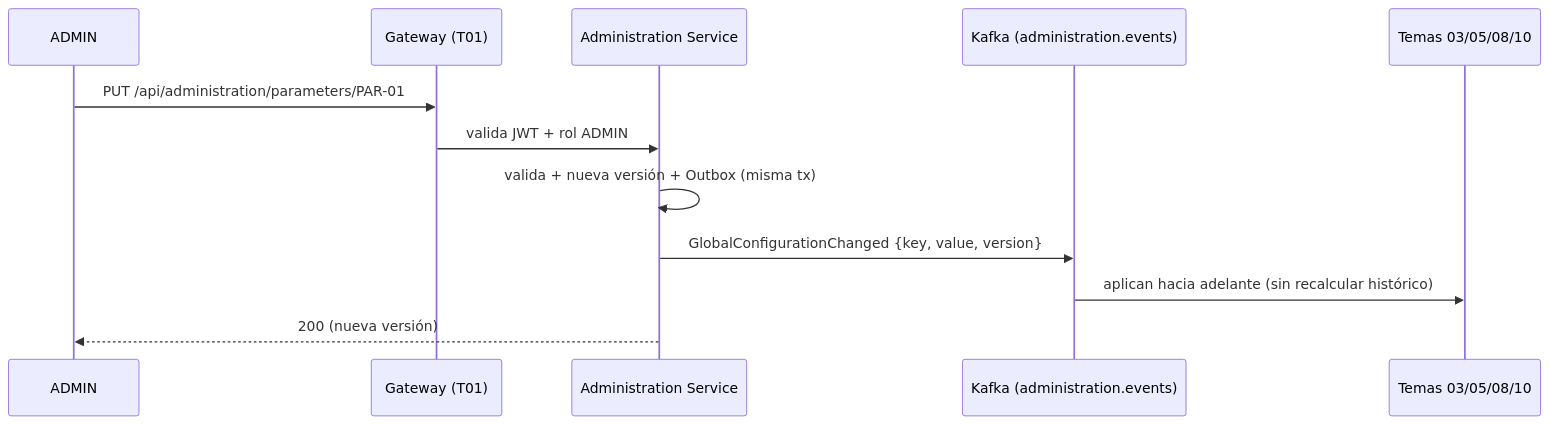
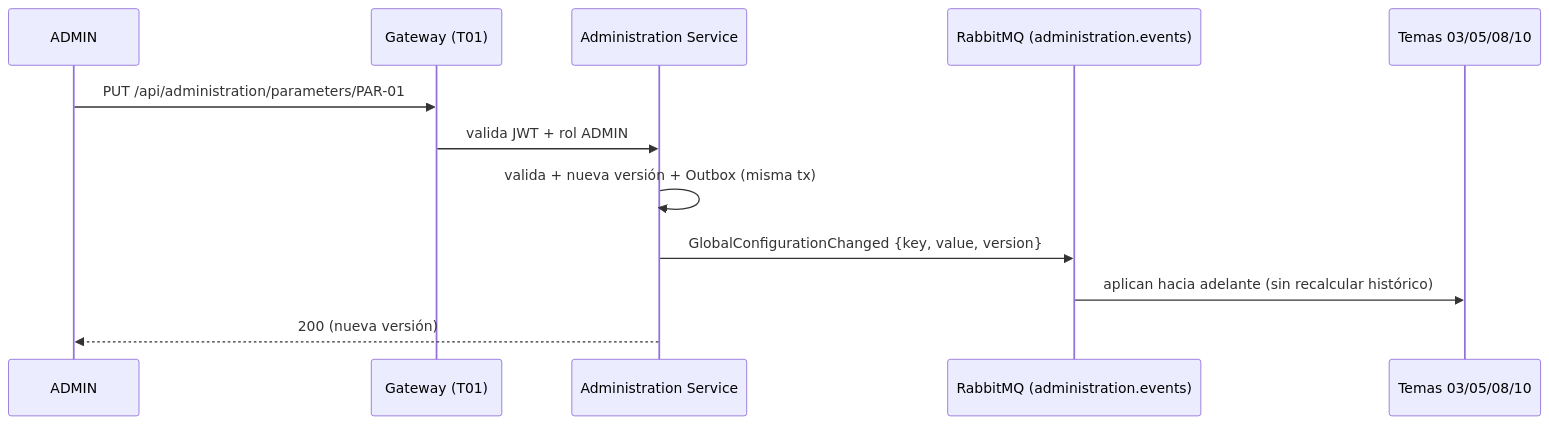
The diagram in docs/msii/tareas/registro-parametros.md (2W2-114324-Carballo-Juarez-Mateo/backoffice-docs), drawn with Mermaid before and after one commit. The commit also changed other lines of this file and 18 other files, not shown here.

````diff
--- a/docs/msii/tareas/registro-parametros.md
+++ b/docs/msii/tareas/registro-parametros.md
@@ -22,15 +23,15 @@
 ```mermaid
 sequenceDiagram
     participant A as ADMIN
     participant GW as Gateway (T01)
     participant AD as Administration Service
-    participant K as Kafka (administration.events)
+    participant K as RabbitMQ (administration.events)
     participant T as Temas 03/05/08/10
 
     A->>GW: PUT /api/administration/parameters/PAR-01
     GW->>AD: valida JWT + rol ADMIN
     AD->>AD: valida + nueva versión + Outbox (misma tx)
     AD->>K: GlobalConfigurationChanged {key, value, version}
     K->>T: aplican hacia adelante (sin recalcular histórico)
     AD-->>A: 200 (nueva versión)
 ```
````
